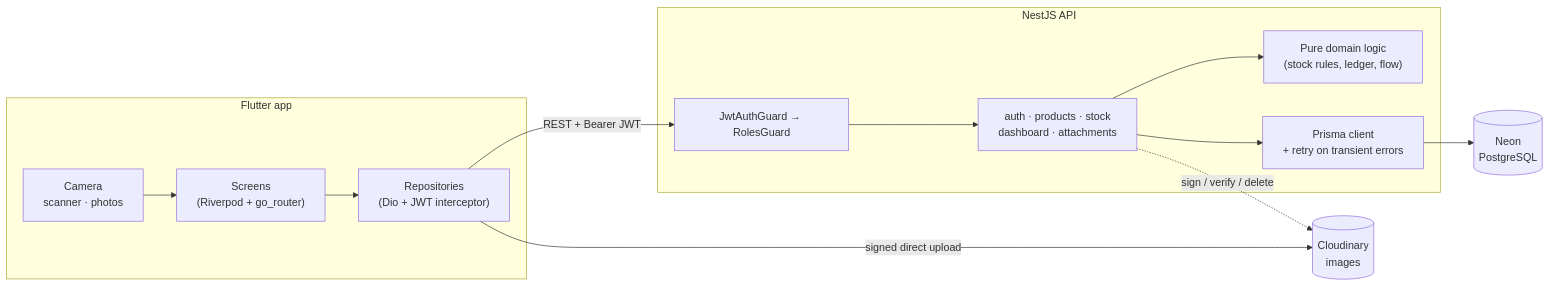
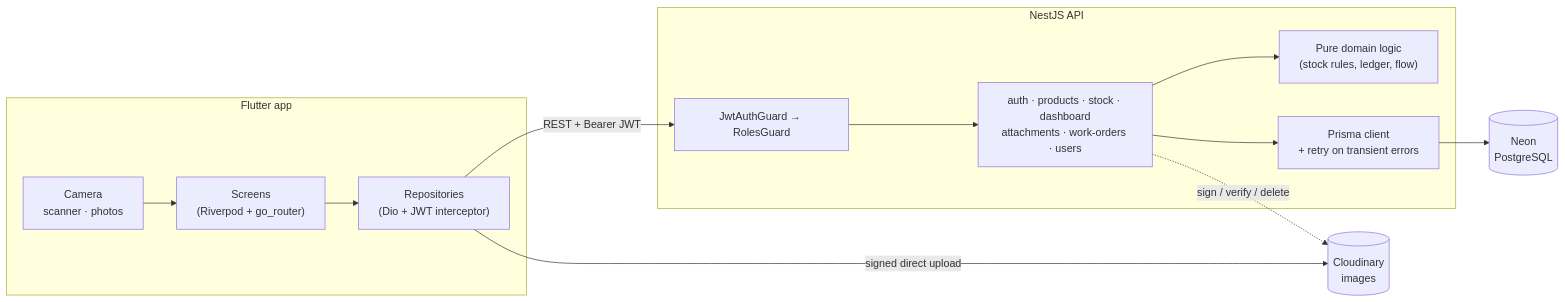
One commit to Foam-01/StockFlowMobile changed the first of 6 diagrams in docs/architecture.md. Above: the diagram before and after it, drawn with Mermaid. The commit also changed other lines of this file and 15 other files, not shown here.

````diff
--- a/docs/architecture.md
+++ b/docs/architecture.md
@@ -13,27 +13,27 @@
 ```mermaid
 flowchart LR
   subgraph Phone["Flutter app"]
     UI["Screens<br/>(Riverpod + go_router)"]
     Repo["Repositories<br/>(Dio + JWT interceptor)"]
     Cam["Camera<br/>scanner · photos"]
     UI --> Repo
     Cam --> UI
   end
 
   subgraph API["NestJS API"]
     Guards["JwtAuthGuard → RolesGuard"]
-    Modules["auth · products · stock<br/>dashboard · attachments"]
+    Modules["auth · products · stock · dashboard<br/>attachments · work-orders · users"]
     Logic["Pure domain logic<br/>(stock rules, ledger, flow)"]
     Prisma["Prisma client<br/>+ retry on transient errors"]
     Guards --> Modules --> Logic
     Modules --> Prisma
   end
 
   DB[("Neon<br/>PostgreSQL")]
   CDN[("Cloudinary<br/>images")]
 
   Repo -- "REST + Bearer JWT" --> Guards
   Prisma --> DB
   Repo -- "signed direct upload" --> CDN
   Modules -. "sign / verify / delete" .-> CDN
 ```
````
